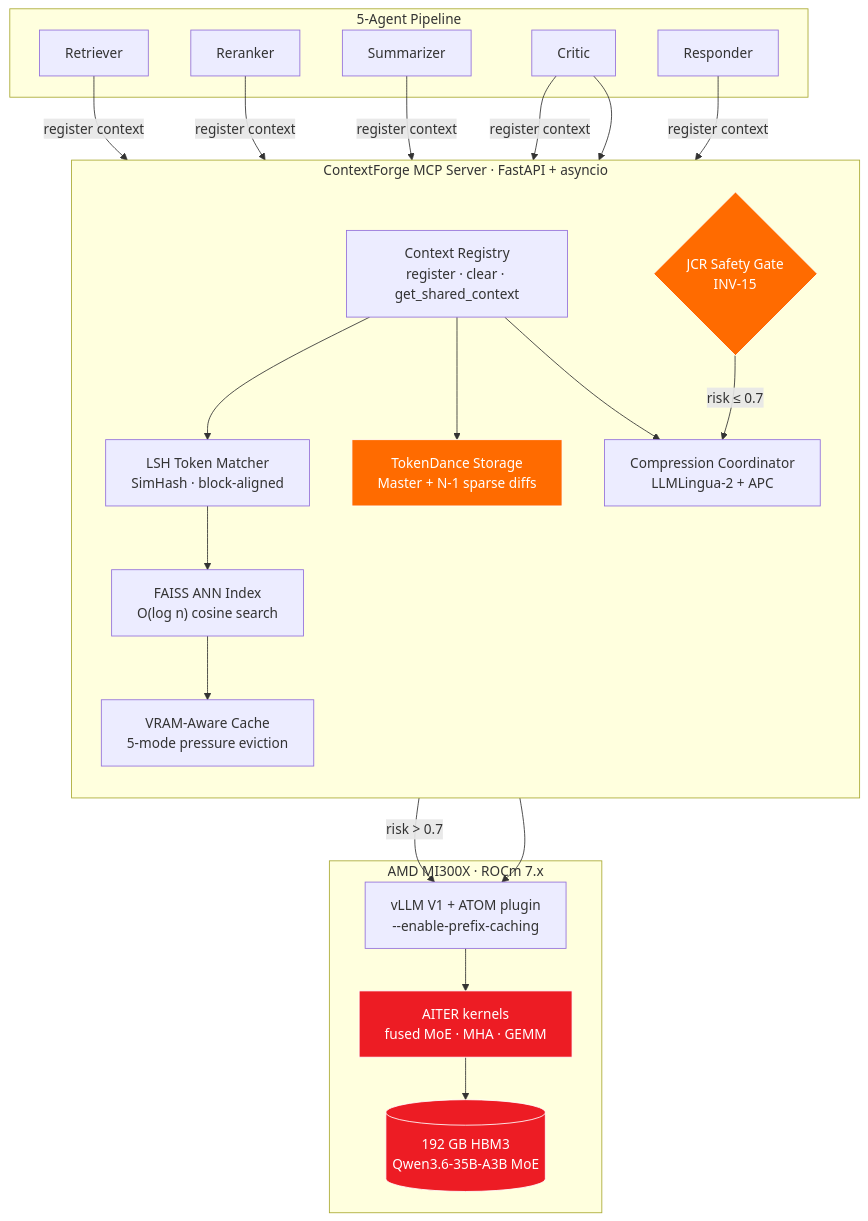
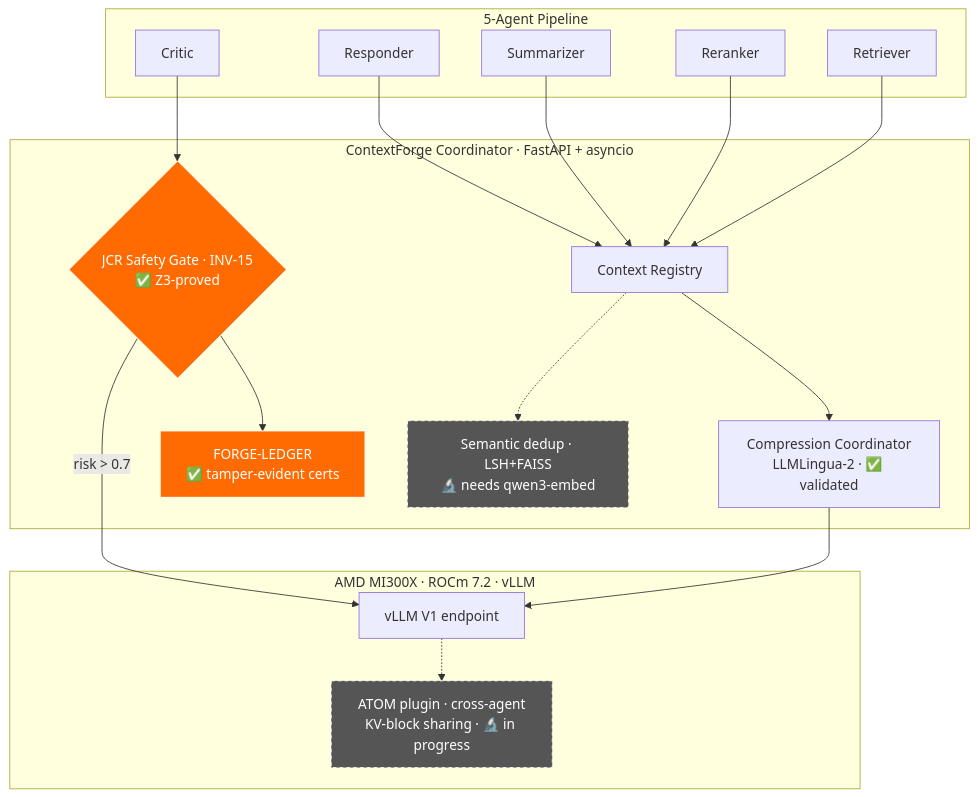
The diagram in README.md (SuarezPM/ContextForge), drawn with Mermaid before and after one commit. The commit also changed other lines of this file, not shown here.

````diff
--- a/README.md
+++ b/README.md
@@ -182,42 +90,26 @@
 ```mermaid
 flowchart TB
     subgraph Agents["5-Agent Pipeline"]
-        A1[Retriever]
-        A2[Reranker]
-        A3[Summarizer]
-        A4[Critic]
-        A5[Responder]
+        A1[Retriever] & A2[Reranker] & A3[Summarizer] & A4[Critic] & A5[Responder]
     end
-
-    subgraph CF["ContextForge MCP Server · FastAPI + asyncio"]
-        direction TB
-        REG["Context Registry<br/>register · clear · get_shared_context"]
-        LSH["LSH Token Matcher<br/>SimHash · block-aligned"]
-        FAISS["FAISS ANN Index<br/>O(log n) cosine search"]
-        VRAM["VRAM-Aware Cache<br/>5-mode pressure eviction"]
-        TD["TokenDance Storage<br/>Master + N-1 sparse diffs"]
-        JCR{"JCR Safety Gate<br/>INV-15"}
-        COORD["Compression Coordinator<br/>LLMLingua-2 + APC"]
+    subgraph CF["ContextForge Coordinator · FastAPI + asyncio"]
+        REG["Context Registry"]
+        COMP["Compression Coordinator<br/>LLMLingua-2 · ✅ validated"]
+        JCR{"JCR Safety Gate · INV-15<br/>✅ Z3-proved"}
+        LEDGER["FORGE-LEDGER<br/>✅ tamper-evident certs"]
+        DEDUP["Semantic dedup · LSH+FAISS<br/>🔬 needs qwen3-embed"]
     end
-
-    subgraph Serving["AMD MI300X · ROCm 7.x"]
-        VLLM["vLLM V1 + ATOM plugin<br/>--enable-prefix-caching"]
-        AITER["AITER kernels<br/>fused MoE · MHA · GEMM"]
-        HBM[("192 GB HBM3<br/>Qwen3.6-35B-A3B MoE")]
+    subgraph Serving["AMD MI300X · ROCm 7.2 · vLLM"]
+        VLLM["vLLM V1 endpoint"]
+        ATOM["ATOM plugin · cross-agent<br/>KV-block sharing · 🔬 in progress"]
     end
-
-    A1 & A2 & A3 & A4 & A5 -->|register context| REG
-    REG --> LSH --> FAISS --> VRAM
-    REG --> TD
-    A4 --> JCR
-    JCR -->|risk > 0.7| VLLM
-    JCR -->|risk ≤ 0.7| COORD
-    REG --> COORD
-    COORD --> VLLM
-    VLLM --> AITER --> HBM
-
+    A1 & A2 & A3 & A5 --> REG --> COMP --> VLLM
+    A4 --> JCR -->|risk > 0.7| VLLM
+    JCR --> LEDGER
+    REG -.-> DEDUP
+    VLLM -.-> ATOM
     style JCR fill:#FF6B00,stroke:#fff,color:#fff
-    style TD fill:#FF6B00,stroke:#fff,color:#fff
-    style AITER fill:#ED1C24,stroke:#fff,color:#fff
-    style HBM fill:#ED1C24,stroke:#fff,color:#fff
+    style LEDGER fill:#FF6B00,stroke:#fff,color:#fff
+    style ATOM fill:#555,stroke:#fff,color:#fff,stroke-dasharray:4
+    style DEDUP fill:#555,stroke:#fff,color:#fff,stroke-dasharray:4
 ```
````
